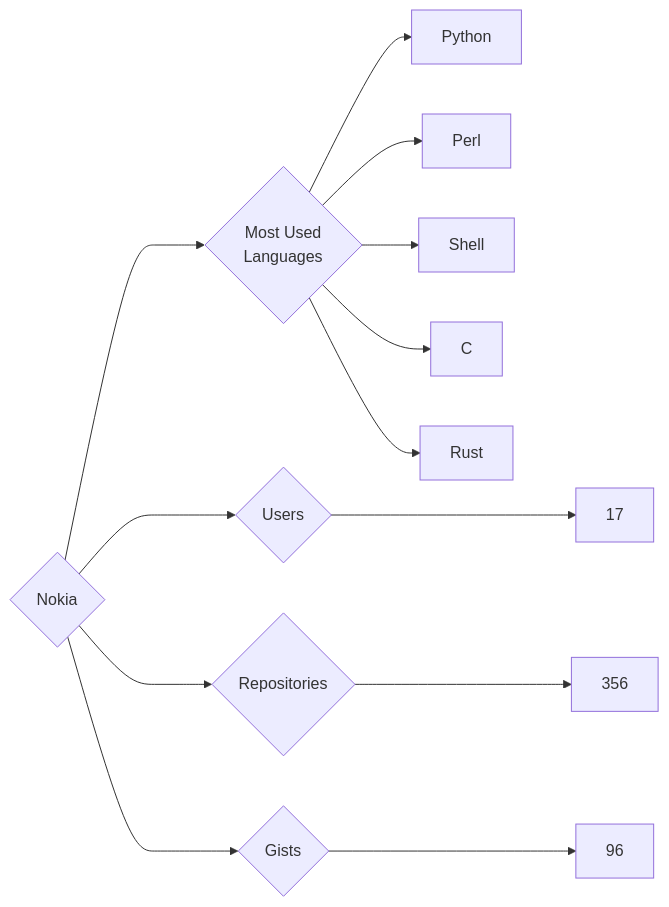
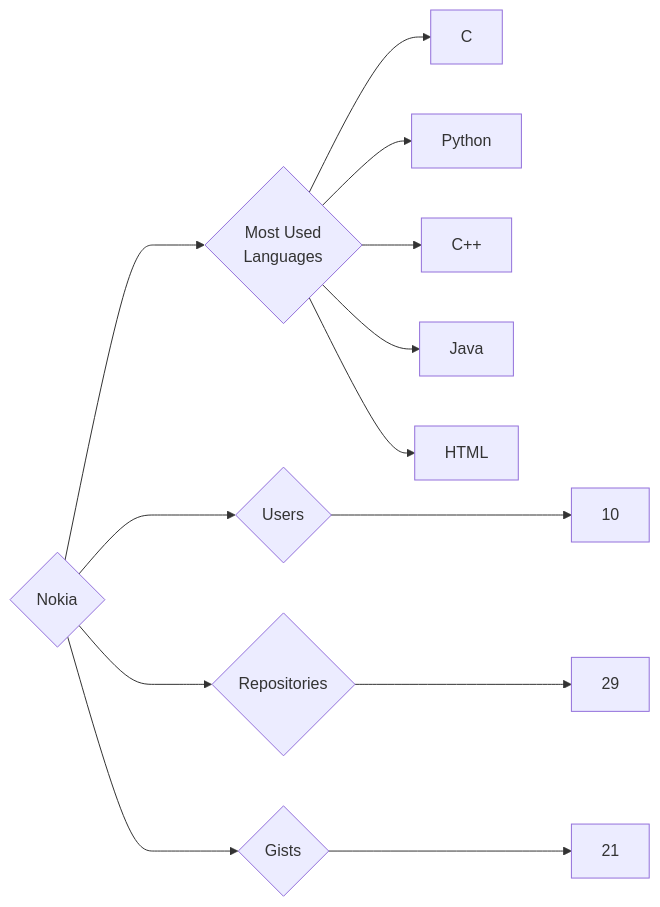
Before and after one commit to trickest/insiders: the diagram in targets/Nokia/README.md, drawn with Mermaid. The commit also changed 582 other files, not shown here.

````diff
--- a/targets/Nokia/README.md
+++ b/targets/Nokia/README.md
@@ -3,13 +3,13 @@
 ```mermaid
 graph LR
 COMPANY_NAME{Nokia}
-COMPANY_NAME ---> U{Users} ---> UN[17]
-COMPANY_NAME ---> R{Repositories} ---> RN[356]
-COMPANY_NAME ---> G{Gists} ---> GN[96]
+COMPANY_NAME ---> U{Users} ---> UN[10]
+COMPANY_NAME ---> R{Repositories} ---> RN[29]
+COMPANY_NAME ---> G{Gists} ---> GN[21]
 COMPANY_NAME ---> ML{Most Used<br>Languages}
+ML --> C[C]
 ML --> Python[Python]
-ML --> Perl[Perl]
-ML --> Shell[Shell]
-ML --> C[C]
-ML --> Rust[Rust]
+ML --> C++[C++]
+ML --> Java[Java]
+ML --> HTML[HTML]
 ```
````
